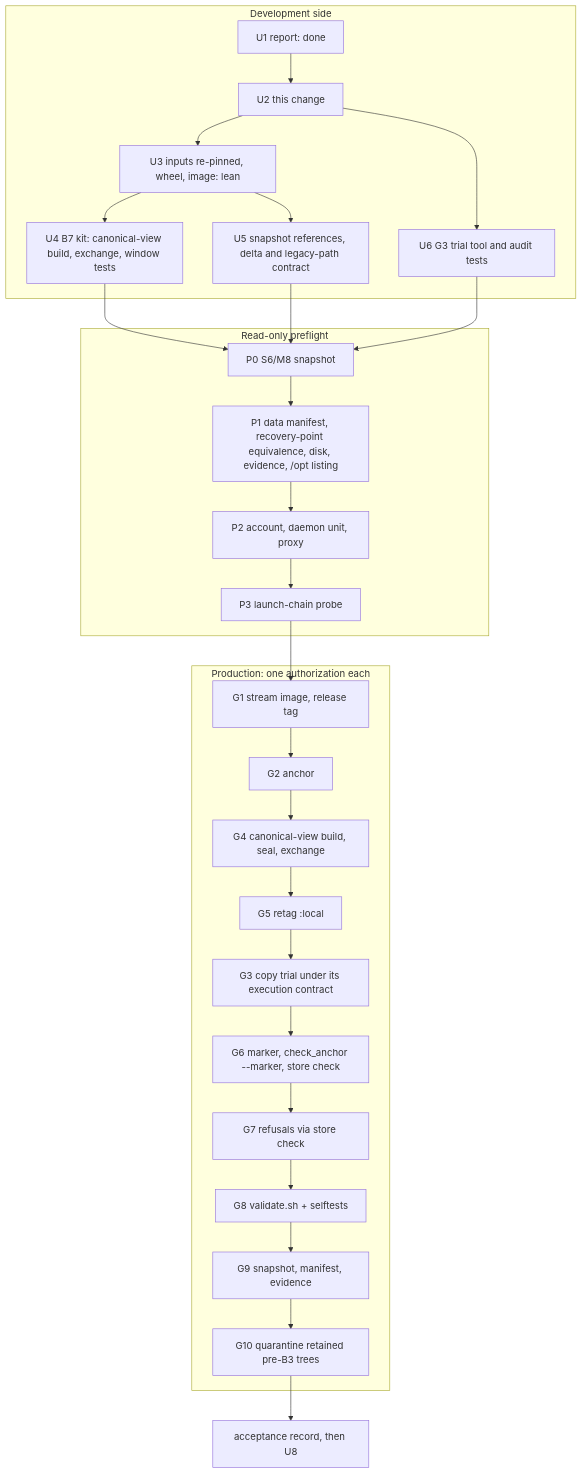
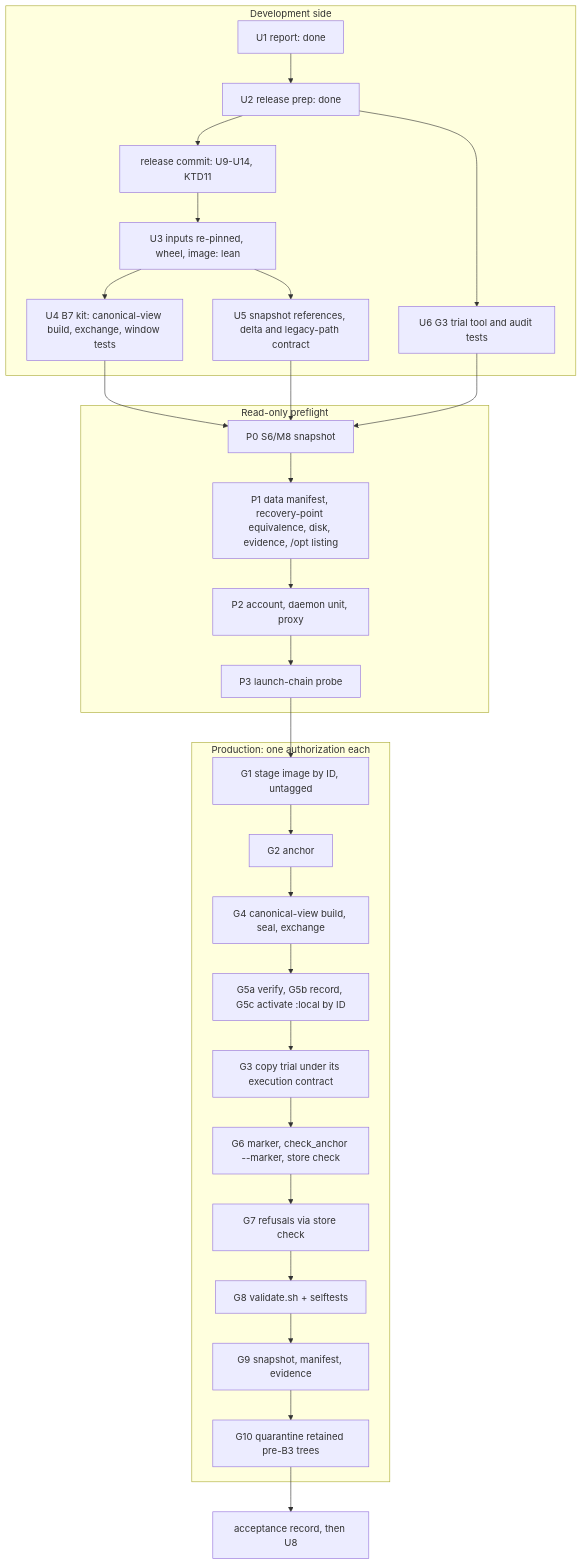
The first of 3 diagrams in docs/plans/2026-11-10-002-chore-b7-production-promotion-plan.md (riteshspisha/brand-abuse-sentinel), drawn with Mermaid before and after one commit. The commit also changed other lines of this file, not shown here.

First line of the commit message:
docs(plans): amend the B7 plan with U3-A results, image eligibility and release-commit evidence rules

````diff
--- a/docs/plans/2026-11-10-002-chore-b7-production-promotion-plan.md
+++ b/docs/plans/2026-11-10-002-chore-b7-production-promotion-plan.md
@@ -182,31 +291,32 @@
 ```mermaid
 flowchart TD
   subgraph DEV[Development side]
-    U1[U1 report: done] --> U2[U2 this change]
-    U2 --> U3[U3 inputs re-pinned, wheel, image: lean]
+    U1[U1 report: done] --> U2[U2 release prep: done]
+    U2 --> RC[release commit: U9-U14, KTD11]
+    RC --> U3[U3 inputs re-pinned, wheel, image: lean]
     U3 --> U4[U4 B7 kit: canonical-view build, exchange, window tests]
     U3 --> U5[U5 snapshot references, delta and legacy-path contract]
     U2 --> U6[U6 G3 trial tool and audit tests]
   end
   subgraph PRE[Read-only preflight]
     P0[P0 S6/M8 snapshot] --> P1[P1 data manifest, recovery-point equivalence, disk, evidence, /opt listing]
     P1 --> P2[P2 account, daemon unit, proxy]
     P2 --> P3[P3 launch-chain probe]
   end
   U4 --> P0
   U5 --> P0
   U6 --> P0
   subgraph PROD[Production: one authorization each]
-    G1[G1 stream image, release tag] --> G2[G2 anchor]
+    G1[G1 stage image by ID, untagged] --> G2[G2 anchor]
     G2 --> G4[G4 canonical-view build, seal, exchange]
-    G4 --> G5[G5 retag :local]
+    G4 --> G5[G5a verify, G5b record, G5c activate :local by ID]
     G5 --> G3[G3 copy trial under its execution contract]
     G3 --> G6[G6 marker, check_anchor --marker, store check]
     G6 --> G7[G7 refusals via store check]
     G7 --> G8[G8 validate.sh + selftests]
     G8 --> G9[G9 snapshot, manifest, evidence]
     G9 --> G10[G10 quarantine retained pre-B3 trees]
   end
   P3 --> G1
   G10 --> ACC[acceptance record, then U8]
 ```
````
